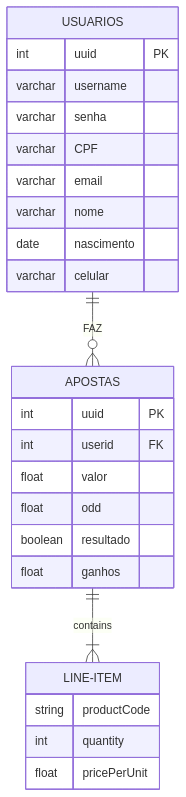
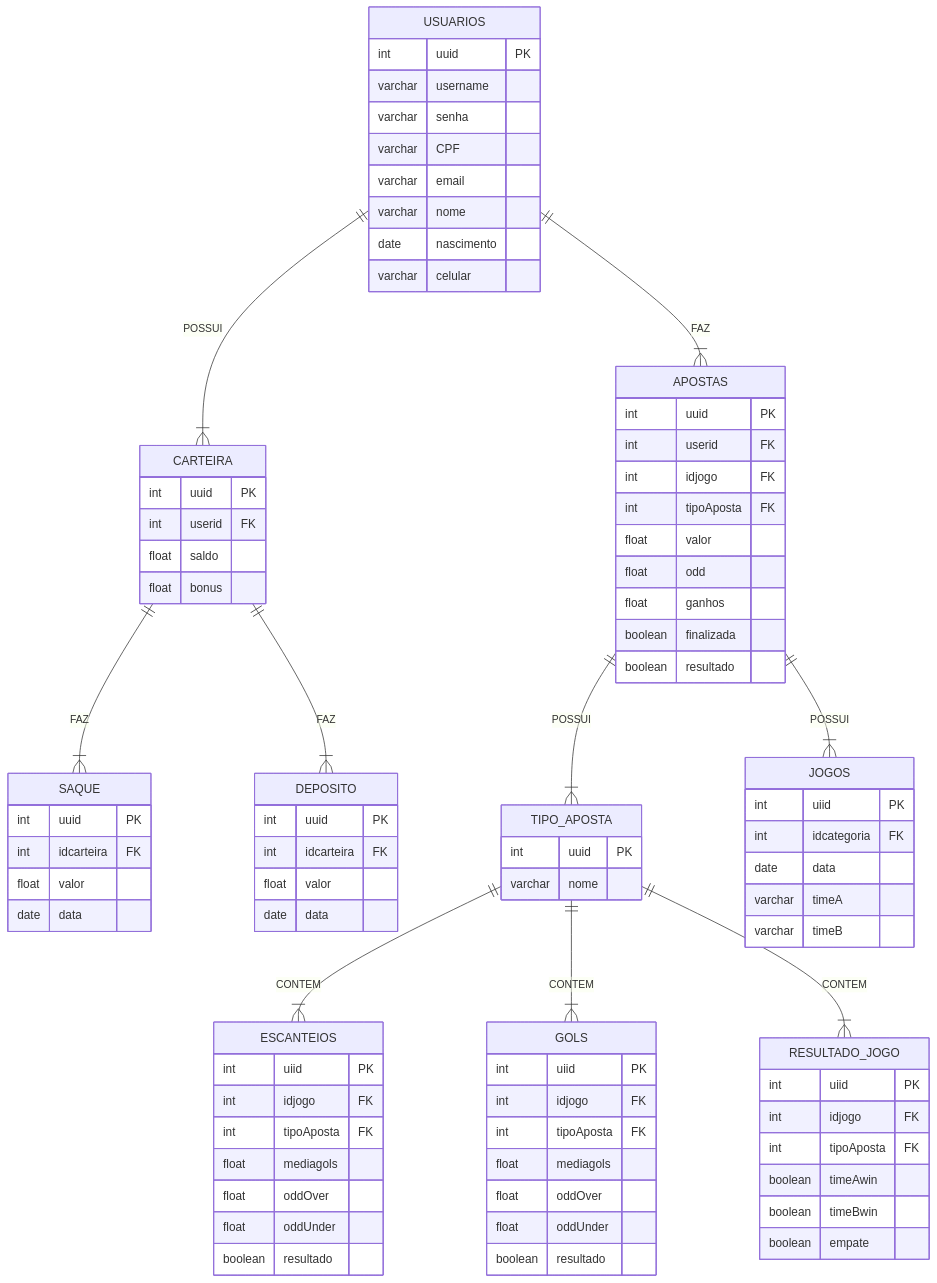
The diagram in docs/DERdiagram.md (desenvolvimento-web-unifil/02-documentacao-nicotech), drawn with Mermaid before and after one commit. The commit also changed 2 other files, not shown here.

````diff
--- a/docs/DERdiagram.md
+++ b/docs/DERdiagram.md
@@ -1,6 +1,16 @@
 ```mermaid
 erDiagram
-    USUARIOS ||--o{ APOSTAS : FAZ
+    USUARIOS ||--|{ APOSTAS : FAZ
+    USUARIOS ||--|{ CARTEIRA : POSSUI
+    CARTEIRA ||--|{ SAQUE : FAZ
+    CARTEIRA ||--|{ DEPOSITO : FAZ
+    APOSTAS ||--|{ TIPO_APOSTA : POSSUI
+    APOSTAS ||--|{ JOGOS : POSSUI
+    TIPO_APOSTA ||--|{ ESCANTEIOS : CONTEM
+    TIPO_APOSTA ||--|{ GOLS : CONTEM
+    TIPO_APOSTA ||--|{ RESULTADO_JOGO : CONTEM
+
+
     USUARIOS {
         int uuid PK
         varchar username
@@ -11,19 +21,71 @@
         date nascimento
         varchar celular
     }
-    APOSTAS ||--|{ LINE-ITEM : contains
     APOSTAS {
         int uuid PK
         int userid FK
+        int idjogo FK
+        int tipoAposta FK
         float valor
         float odd
+        float ganhos
+        boolean finalizada
         boolean resultado
-        float ganhos
+    }   
+    CARTEIRA {
+        int uuid PK
+        int userid FK
+        float saldo
+        float bonus
     }
-    LINE-ITEM {
-        string productCode
-        int quantity
-        float pricePerUnit
+    SAQUE {
+        int uuid PK
+        int idcarteira FK
+        float valor
+        date data
+    }
+    DEPOSITO {
+        int uuid PK
+        int idcarteira FK
+        float valor
+        date data
+    }
+    TIPO_APOSTA {
+        int uuid PK
+        varchar nome
+    }
+    JOGOS {
+        int uiid PK
+        int idcategoria FK
+        date data
+        varchar timeA
+        varchar timeB 
+    }
+    RESULTADO_JOGO {
+        int uiid PK
+        int idjogo FK
+        int tipoAposta FK
+        boolean timeAwin
+        boolean timeBwin
+        boolean empate
+    }
+    GOLS {
+        int uiid PK
+        int idjogo FK
+        int tipoAposta FK
+        float mediagols
+        float oddOver
+        float oddUnder
+        boolean resultado
+    }
+    ESCANTEIOS {
+        int uiid PK
+        int idjogo FK
+        int tipoAposta FK
+        float mediagols
+        float oddOver
+        float oddUnder
+        boolean resultado
     }
 
 ```
````
